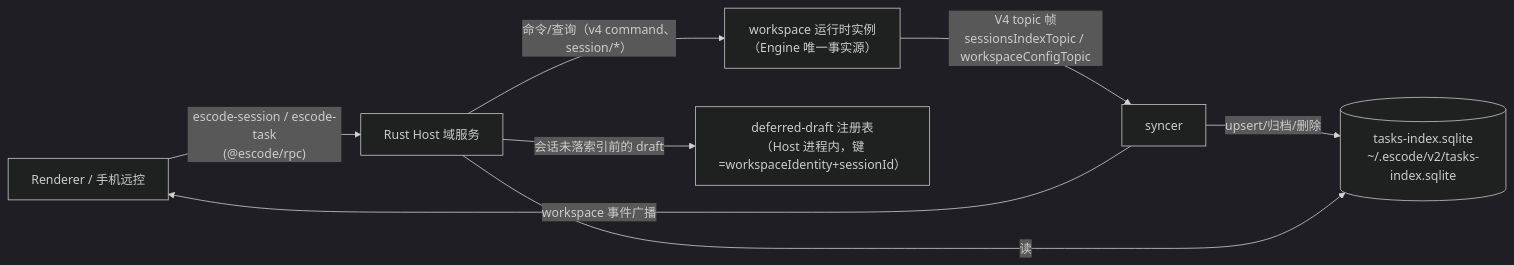
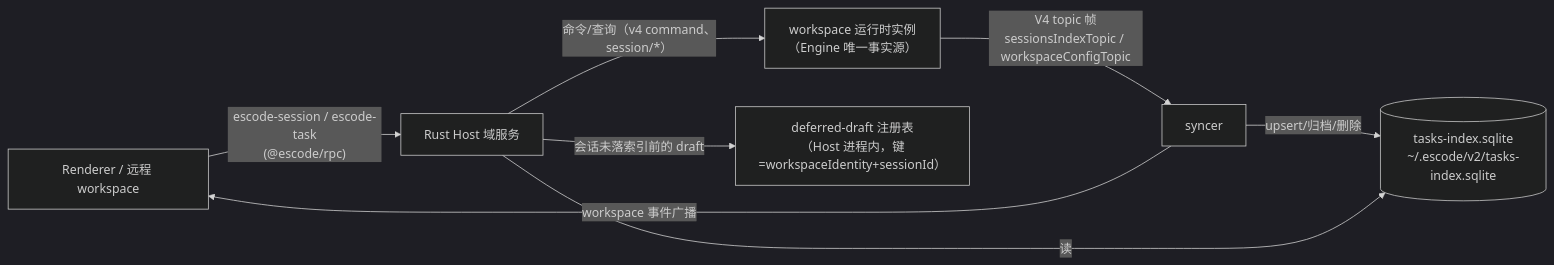
One commit to sekfung/ESCode changed the first of 2 diagrams in docs/specs/rust-u2-tasks-index.md. Above: the diagram before and after it, drawn with Mermaid (dark theme). The commit also changed other lines of this file and 1477 other files, not shown here.

````diff
--- a/docs/specs/rust-u2-tasks-index.md
+++ b/docs/specs/rust-u2-tasks-index.md
@@ -29,10 +29,10 @@
 ```mermaid
 flowchart LR
-  R[Renderer / 手机远控] -- "escode-session / escode-task<br/>(@escode/rpc)" --> H[Rust Host 域服务]
+  R[Renderer / 远程 workspace] -- "escode-session / escode-task<br/>(@escode/rpc)" --> H[Rust Host 域服务]
   H -- "命令/查询（v4 command、session/*）" --> RT[workspace 运行时实例<br/>（Engine 唯一事实源）]
   RT -- "V4 topic 帧<br/>sessionsIndexTopic / workspaceConfigTopic" --> SY[syncer]
   SY -- upsert/归档/删除 --> DB[(tasks-index.sqlite<br/>~/.escode/v2/tasks-index.sqlite)]
   H -- 读 --> DB
   SY -- workspace 事件广播 --> R
   H -- "会话未落索引前的 draft" --> DD[deferred-draft 注册表<br/>（Host 进程内，键=workspaceIdentity+sessionId）]
 ```
````
